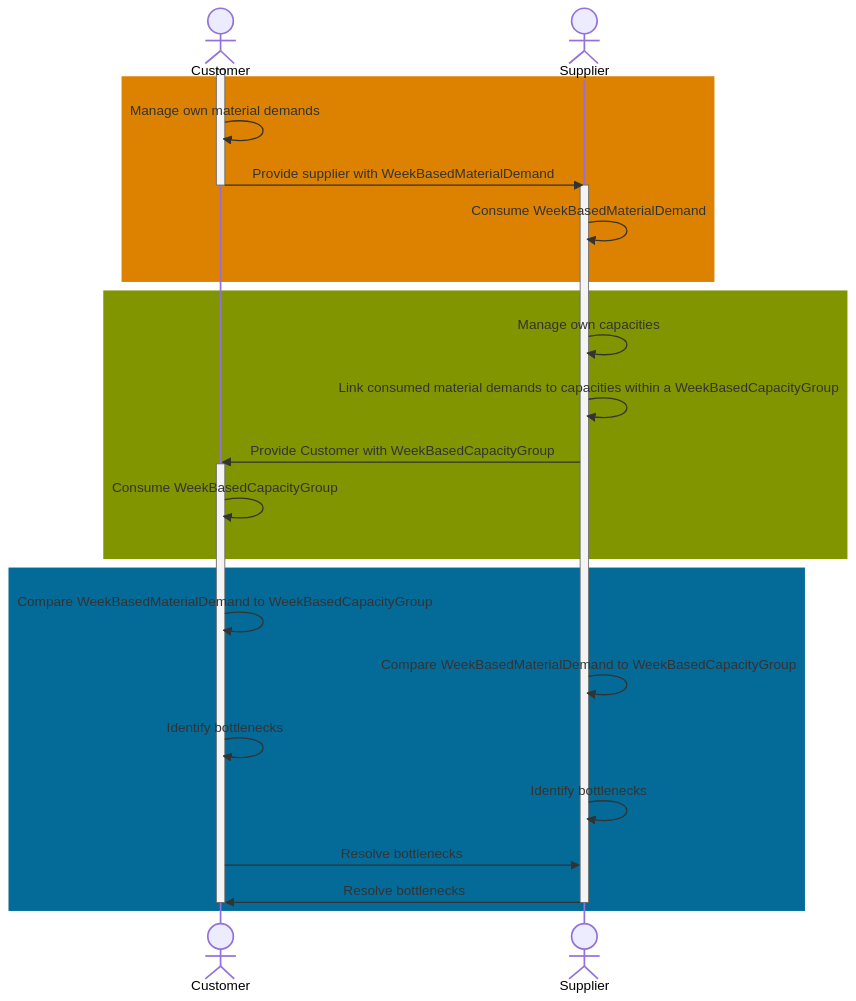
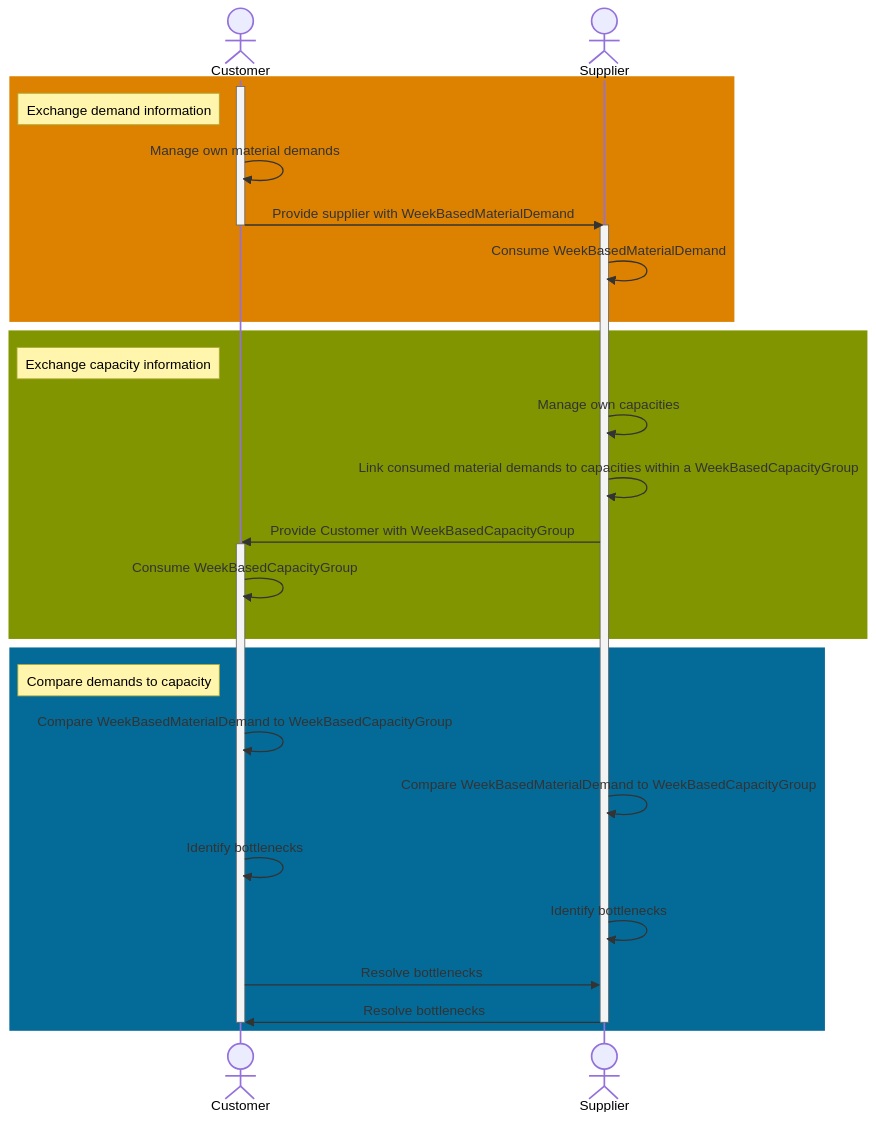
The diagram in docs-kits/kits/Demand and Capacity Management Kit/adoption-view/overview.md (eclipse-tractusx/eclipse-tractusx.github.io), drawn with Mermaid before and after one commit.

Commit message:
Tidied up core business process sequence diagram

````diff
--- a/docs-kits/kits/Demand and Capacity Management Kit/adoption-view/overview.md
+++ b/docs-kits/kits/Demand and Capacity Management Kit/adoption-view/overview.md
@@ -75,30 +75,33 @@
 ```mermaid
 sequenceDiagram
     actor c as Customer 
     actor s as Supplier
+rect rgb(221,130,0)
 activate c
-rect rgb(221,130,0)
+note left of c: Exchange demand information
 c->>c: Manage own material demands
 c->>s: Provide supplier with WeekBasedMaterialDemand
 deactivate c
 activate s
 s->>s: Consume WeekBasedMaterialDemand
 end
 rect rgb(128,149,00)
+note left of c: Exchange capacity information
 s->>s: Manage own capacities
 s->>s: Link consumed material demands to capacities within a WeekBasedCapacityGroup
 s->>c: Provide Customer with WeekBasedCapacityGroup
 activate c
 c->>c: Consume WeekBasedCapacityGroup
 end
 rect rgb(04,107,153)
+note left of c: Compare demands to capacity
 c->>c: Compare WeekBasedMaterialDemand to WeekBasedCapacityGroup
 s->>s: Compare WeekBasedMaterialDemand to WeekBasedCapacityGroup
 c->>c: Identify bottlenecks
 s->>s: Identify bottlenecks
 c->>s: Resolve bottlenecks
 s->>c: Resolve bottlenecks
 deactivate c
 deactivate s
 end
 ```
````
